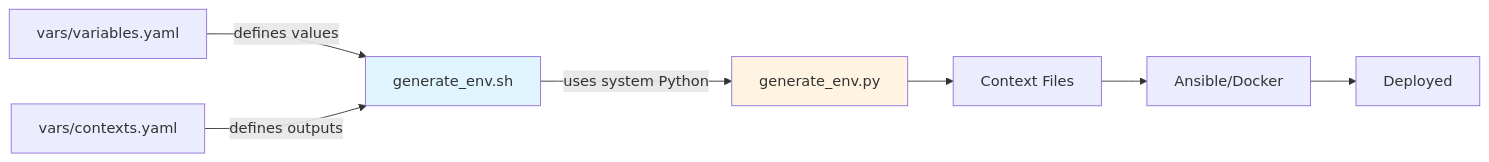
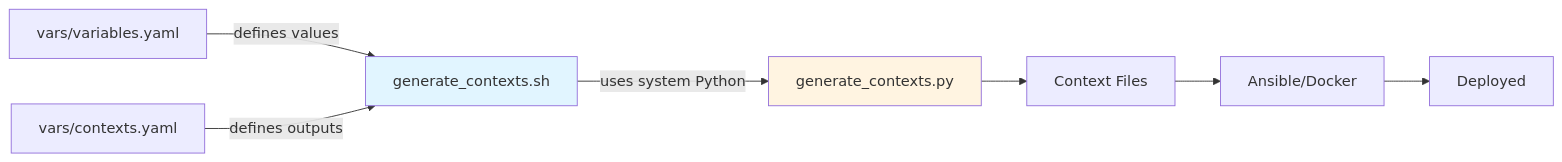
Before and after one commit to gxbrooks/spark-observability: the diagram in docs/Variable_Flow.md, drawn with Mermaid. The commit also changed other lines of this file and 25 other files, not shown here.

````diff
--- a/docs/Variable_Flow.md
+++ b/docs/Variable_Flow.md
@@ -79,12 +79,12 @@
 ```mermaid
 flowchart LR
-    A[vars/variables.yaml] -->|defines values| B[generate_env.sh]
+    A[vars/variables.yaml] -->|defines values| B[generate_contexts.sh]
     C[vars/contexts.yaml] -->|defines outputs| B
-    B -->|uses system Python| D[generate_env.py]
+    B -->|uses system Python| D[generate_contexts.py]
     D --> E[Context Files]
     E --> F[Ansible/Docker]
     F --> G[Deployed]
     
     style B fill:#e1f5ff
     style D fill:#fff4e1
 ```
````
